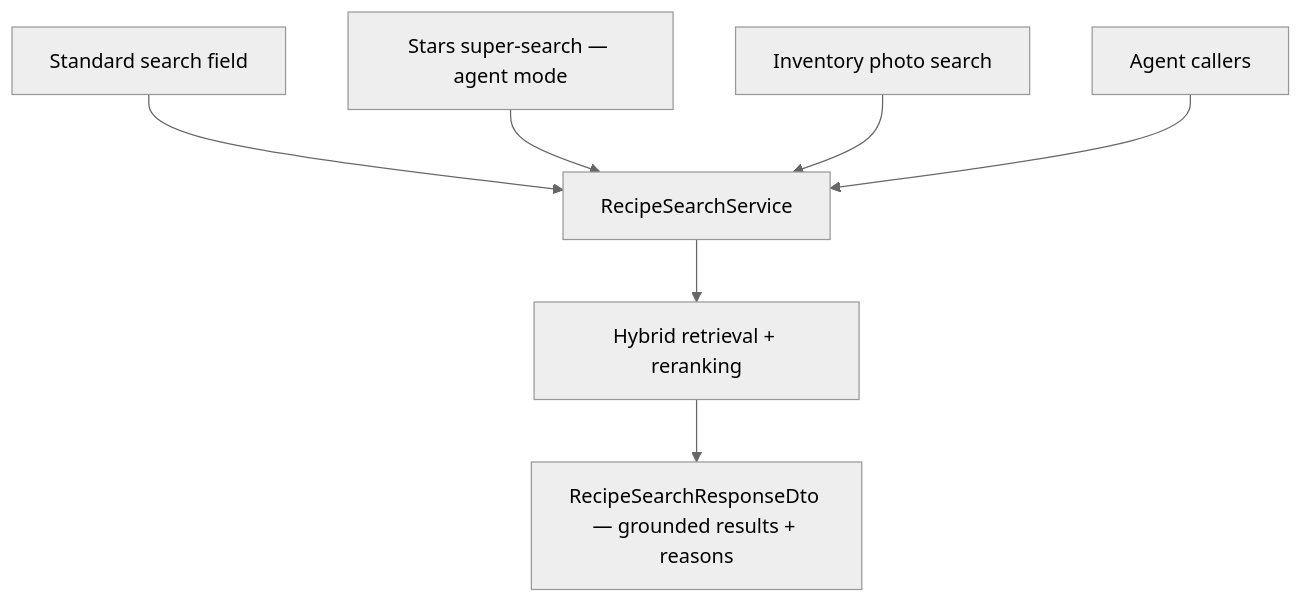
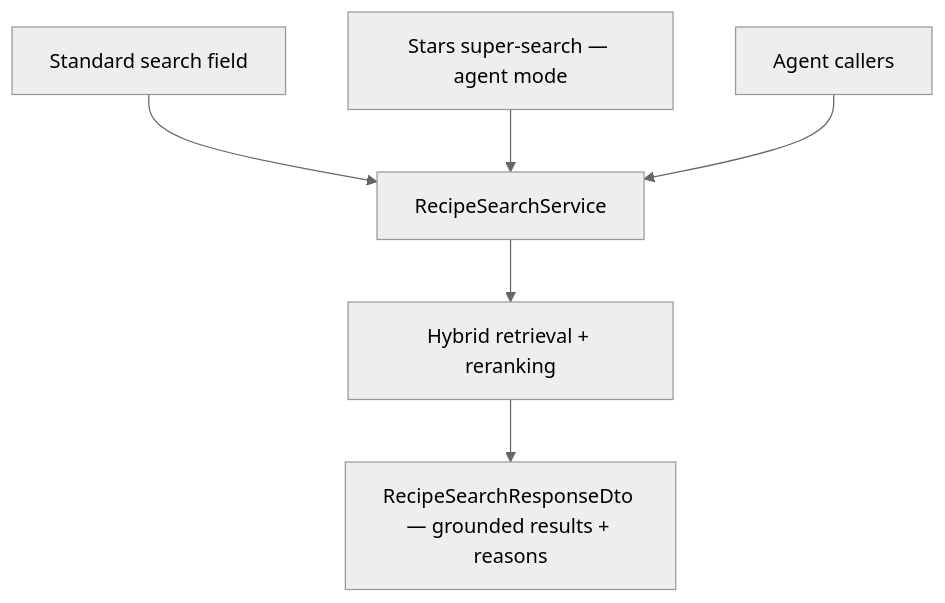
Before and after one commit to AlexandreBrisebois/whats-for-supper: the eighth of 8 diagrams in docs/flows/data-flows/recipe-search-index-and-recovery.md, drawn with Mermaid (neutral theme). The commit also changed other lines of this file and 34 other files, not shown here.

First line of the commit message:
Refactor recipe search functionality by removing photo search capabilities

````diff
--- a/docs/flows/data-flows/recipe-search-index-and-recovery.md
+++ b/docs/flows/data-flows/recipe-search-index-and-recovery.md
@@ -386,9 +386,8 @@
 ```mermaid
 flowchart TD
     A[Standard search field] --> C[RecipeSearchService]
     B[Stars super-search — agent mode] --> C
-    B2[Inventory photo search] --> C
     D[Agent callers] --> C
     C --> E[Hybrid retrieval + reranking]
     E --> F[RecipeSearchResponseDto — grounded results + reasons]
 ```
````
